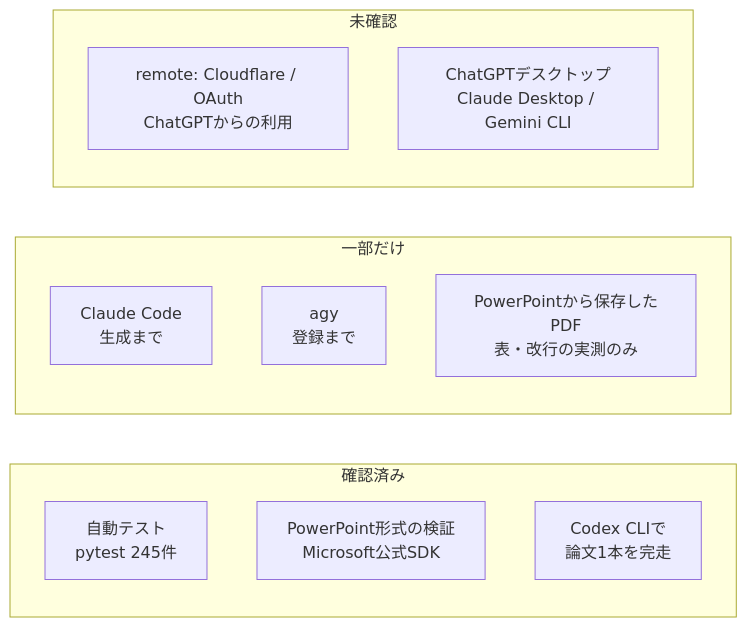
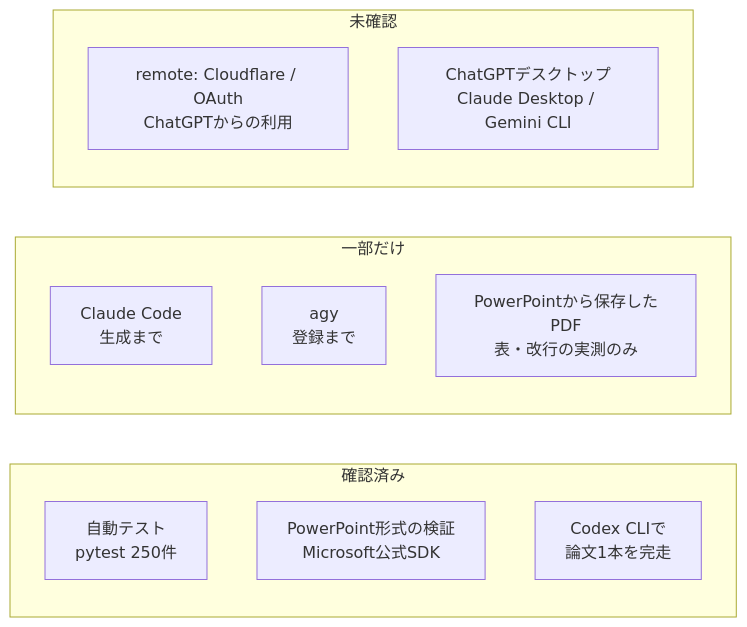
The diagram in docs/verified.md (cercil0605/ResearchSlideAgent), drawn with Mermaid before and after one commit. The commit also changed other lines of this file and 1 other file, not shown here.

````diff
--- a/docs/verified.md
+++ b/docs/verified.md
@@ -5,17 +5,17 @@
 ```mermaid
 flowchart LR
     subgraph OK[確認済み]
-        A[自動テスト<br/>pytest 245件]
+        A[自動テスト<br/>pytest 250件]
         B[PowerPoint形式の検証<br/>Microsoft公式SDK]
         C[Codex CLIで<br/>論文1本を完走]
     end
     subgraph PART[一部だけ]
         D[Claude Code<br/>生成まで]
         E[agy<br/>登録まで]
         F[PowerPointから保存したPDF<br/>表・改行の実測のみ]
     end
     subgraph NO[未確認]
         G[remote: Cloudflare / OAuth<br/>ChatGPTからの利用]
         H[ChatGPTデスクトップ<br/>Claude Desktop / Gemini CLI]
     end
 ```
````
